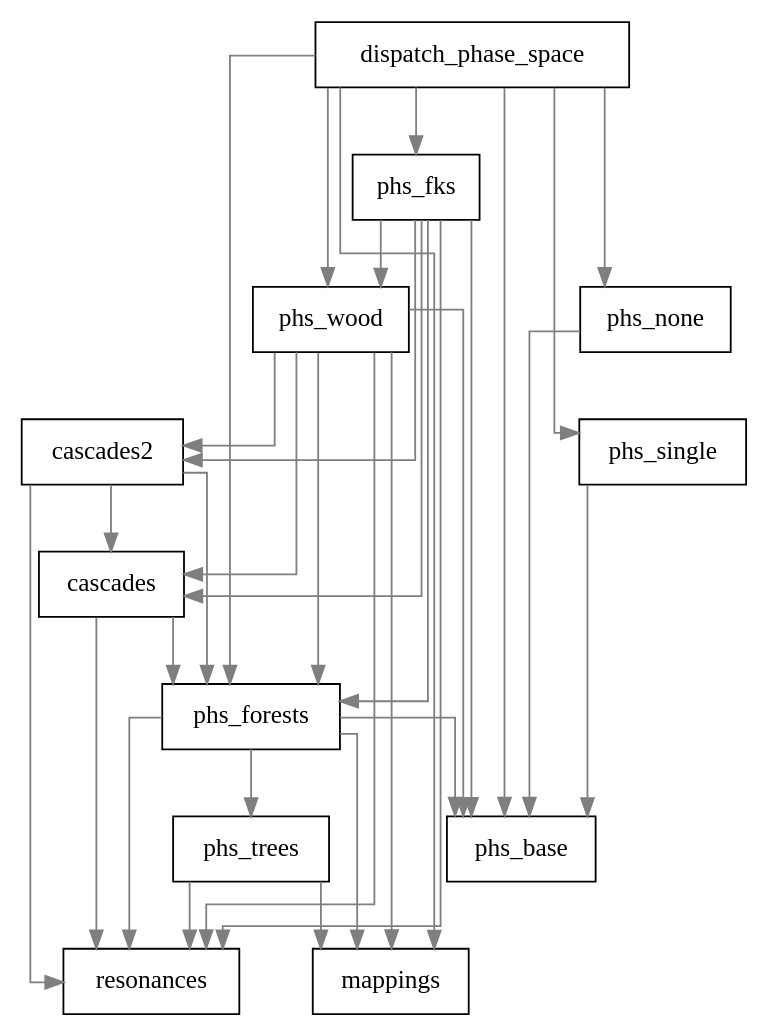
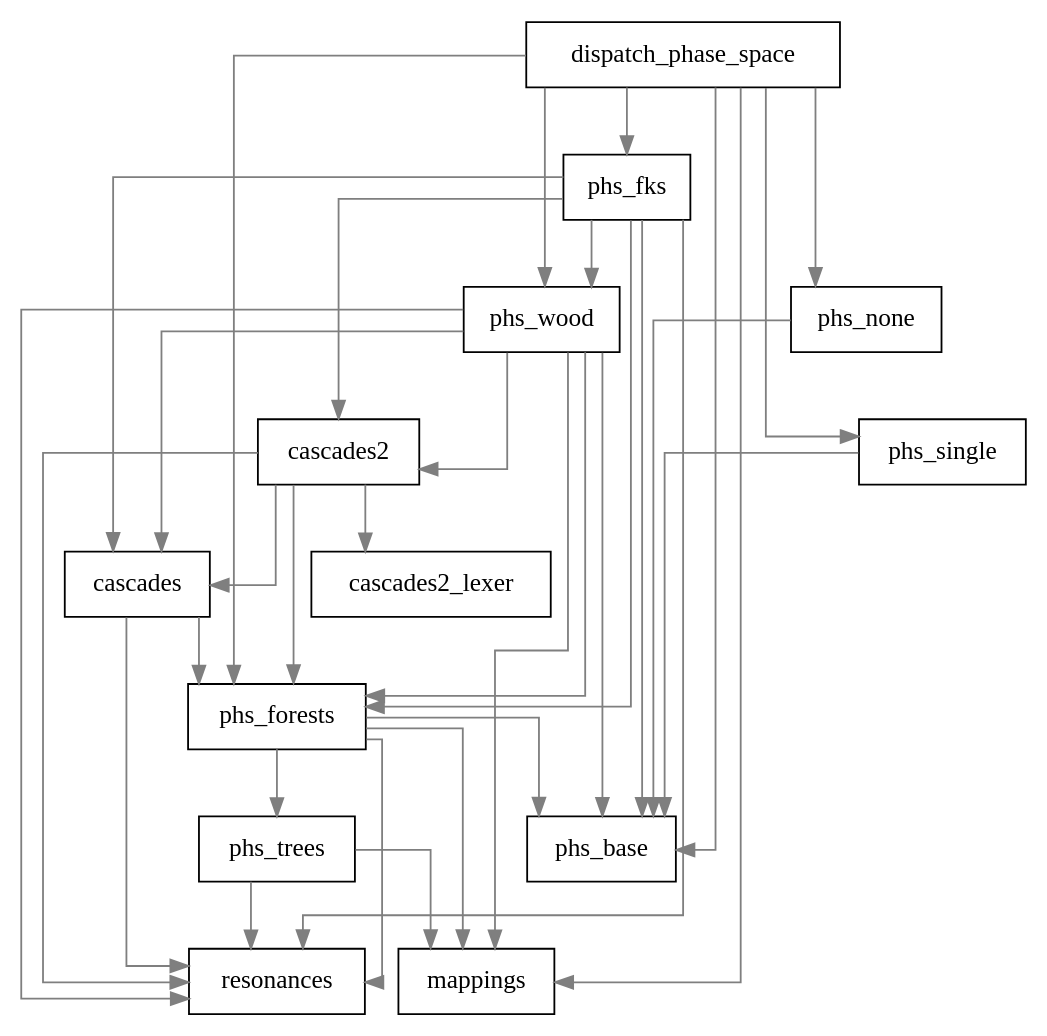
Before and after one commit to bendavid/whizard: the diagram in share/doc/phase_space.dot, drawn with Graphviz. The commit also changed 972 other files, not shown here.

```diff
--- a/share/doc/phase_space.dot
+++ b/share/doc/phase_space.dot
@@ -1,39 +1,40 @@
 
 digraph G {
 concentrate=true
 splines=ortho
 node[shape=record,style=filled,fillcolor=white]
 edge[color=gray50]
 phs_fks -> phs_base
 dispatch_phase_space -> phs_wood
 dispatch_phase_space -> phs_base
 cascades2 -> resonances
 phs_wood -> phs_base
 phs_fks -> phs_forests
 dispatch_phase_space -> phs_forests
+cascades2 -> cascades2_lexer
 cascades -> resonances
 dispatch_phase_space -> mappings
 phs_trees -> mappings
 phs_wood -> phs_forests
 phs_forests -> resonances
 phs_fks -> cascades
 cascades2 -> cascades
 phs_wood -> cascades2
 phs_wood -> resonances
 phs_trees -> resonances
 phs_forests -> phs_trees
 phs_forests -> phs_base
 phs_wood -> mappings
 phs_none -> phs_base
 cascades -> phs_forests
 dispatch_phase_space -> phs_single
 phs_single -> phs_base
 phs_fks -> resonances
 cascades2 -> phs_forests
 dispatch_phase_space -> phs_fks
 phs_wood -> cascades
 phs_forests -> mappings
 phs_fks -> phs_wood
 dispatch_phase_space -> phs_none
 phs_fks -> cascades2
  }
```
